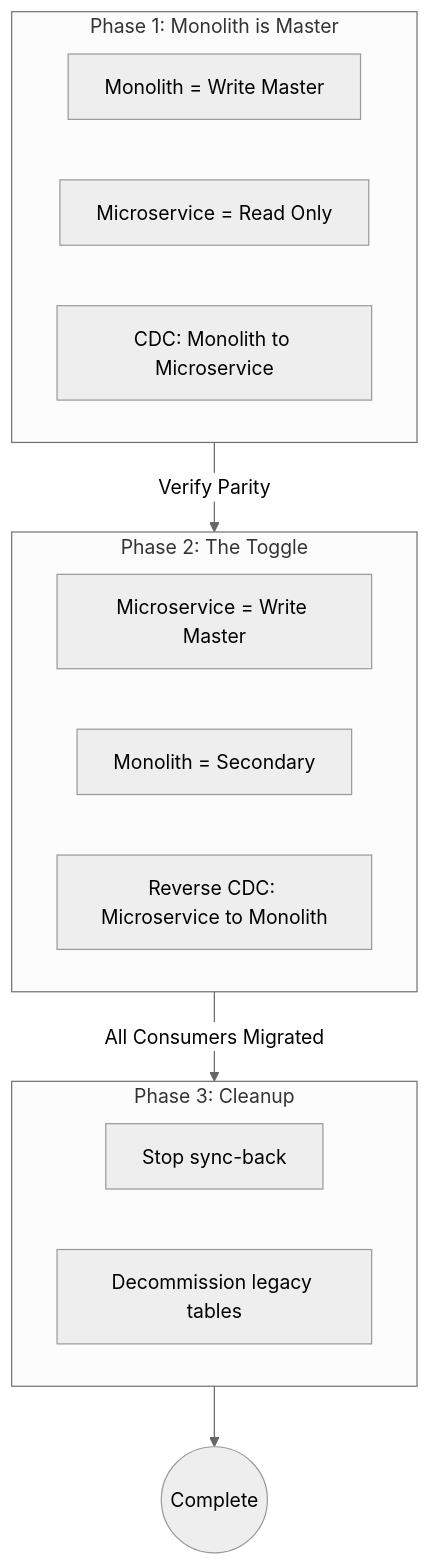
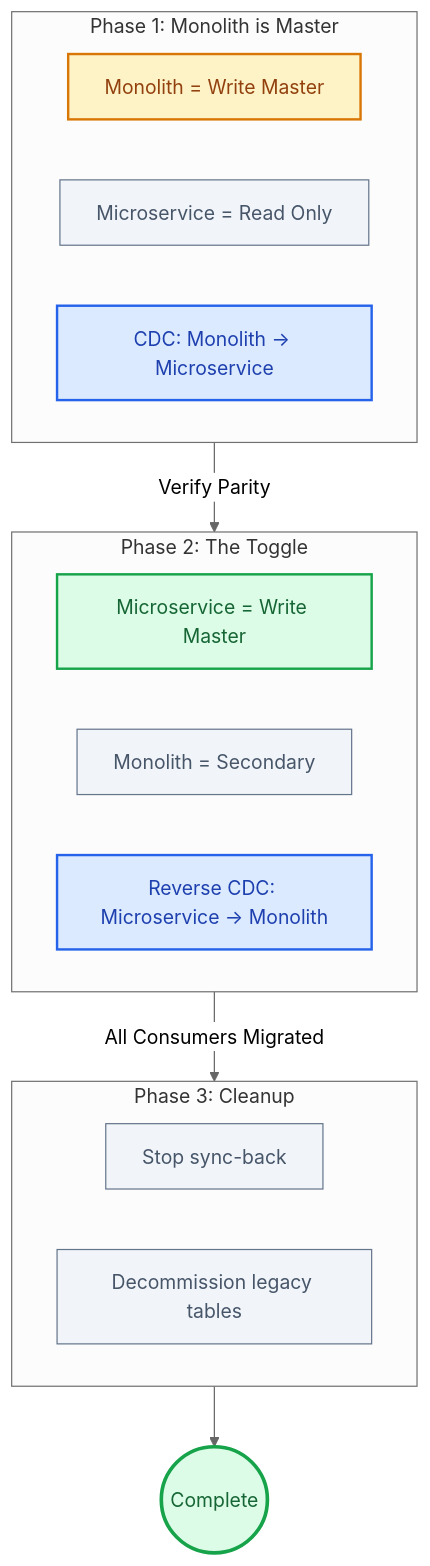
Before and after one commit to udaytamma/Cyrus: the fourth of 5 diagrams in gemini-responses/strangler-fig-pattern-20260120-0919.md, drawn with Mermaid (neutral theme). The commit also changed other lines of this file and 28 other files, not shown here.

First line of the commit message:
Upgrade Knowledge Base Mermaid diagrams to professional styling

````diff
--- a/gemini-responses/strangler-fig-pattern-20260120-0919.md
+++ b/gemini-responses/strangler-fig-pattern-20260120-0919.md
@@ -248,23 +280,37 @@
 ```mermaid
 flowchart TB
     subgraph Phase1["Phase 1: Monolith is Master"]
         M1[Monolith = Write Master]
         MS1[Microservice = Read Only]
-        CDC1[CDC: Monolith to Microservice]
+        CDC1[CDC: Monolith → Microservice]
     end
 
     subgraph Phase2["Phase 2: The Toggle"]
         MS2[Microservice = Write Master]
         M2[Monolith = Secondary]
-        CDC2[Reverse CDC: Microservice to Monolith]
+        CDC2[Reverse CDC: Microservice → Monolith]
     end
 
     subgraph Phase3["Phase 3: Cleanup"]
         Stop[Stop sync-back]
         Decom[Decommission legacy tables]
     end
 
     Phase1 -->|"Verify Parity"| Phase2
     Phase2 -->|"All Consumers Migrated"| Phase3
     Phase3 --> Done((Complete))
+
+    classDef primary fill:#dbeafe,stroke:#2563eb,color:#1e40af,stroke-width:2px
+    classDef success fill:#dcfce7,stroke:#16a34a,color:#166534,stroke-width:2px
+    classDef warning fill:#fef3c7,stroke:#d97706,color:#92400e,stroke-width:2px
+    classDef neutral fill:#f1f5f9,stroke:#64748b,color:#475569,stroke-width:1px
+    classDef complete fill:#dcfce7,stroke:#16a34a,color:#166534,stroke-width:3px
+
+    class M1 warning
+    class MS1 neutral
+    class CDC1,CDC2 primary
+    class MS2 success
+    class M2 neutral
+    class Stop,Decom neutral
+    class Done complete
 ```
````
